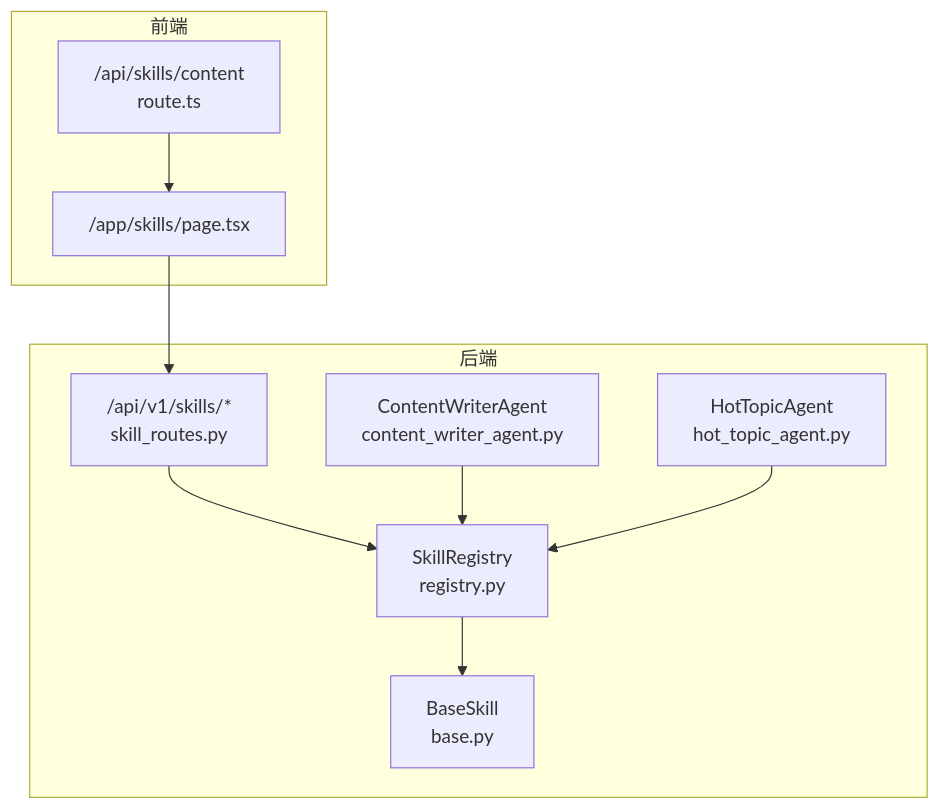
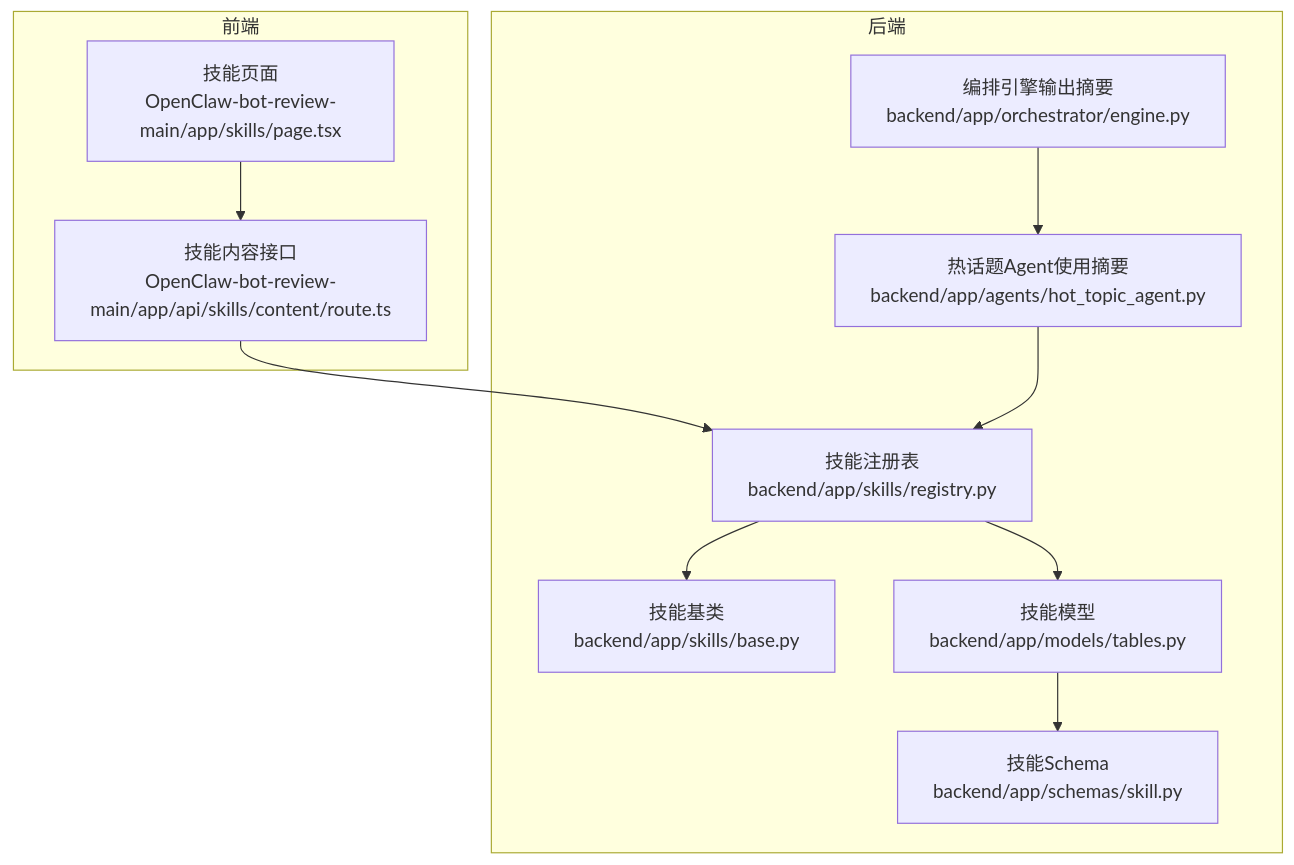
Before and after one commit to sansansansansan2022-web/hotclaw: the first of 4 diagrams in .qoder/repowiki/zh/content/技能系统/内置技能实现/摘要技能.md, drawn with Mermaid. The commit also changed other lines of this file and 288 other files, not shown here.

````diff
--- a/.qoder/repowiki/zh/content/技能系统/内置技能实现/摘要技能.md
+++ b/.qoder/repowiki/zh/content/技能系统/内置技能实现/摘要技能.md
@@ -48,20 +42,22 @@
 ```mermaid
 graph TB
 subgraph "前端"
-FE_API["/api/skills/content<br/>route.ts"]
-FE_PAGE["/app/skills/page.tsx"]
+FE_Page["技能页面<br/>OpenClaw-bot-review-main/app/skills/page.tsx"]
+FE_API_Content["技能内容接口<br/>OpenClaw-bot-review-main/app/api/skills/content/route.ts"]
 end
 subgraph "后端"
-REG["SkillRegistry<br/>registry.py"]
-BASE["BaseSkill<br/>base.py"]
-API["/api/v1/skills/*<br/>skill_routes.py"]
-AG_CW["ContentWriterAgent<br/>content_writer_agent.py"]
-AG_HT["HotTopicAgent<br/>hot_topic_agent.py"]
+BE_Base["技能基类<br/>backend/app/skills/base.py"]
+BE_Registry["技能注册表<br/>backend/app/skills/registry.py"]
+BE_Models["技能模型<br/>backend/app/models/tables.py"]
+BE_Schema["技能Schema<br/>backend/app/schemas/skill.py"]
+BE_HotTopic["热话题Agent使用摘要<br/>backend/app/agents/hot_topic_agent.py"]
+BE_Engine["编排引擎输出摘要<br/>backend/app/orchestrator/engine.py"]
 end
-FE_API --> FE_PAGE
-FE_PAGE --> API
-API --> REG
-REG --> BASE
-AG_CW --> REG
-AG_HT --> REG
+FE_Page --> FE_API_Content
+FE_API_Content --> BE_Registry
+BE_Registry --> BE_Base
+BE_Registry --> BE_Models
+BE_Models --> BE_Schema
+BE_HotTopic --> BE_Registry
+BE_Engine --> BE_HotTopic
 ```
````
